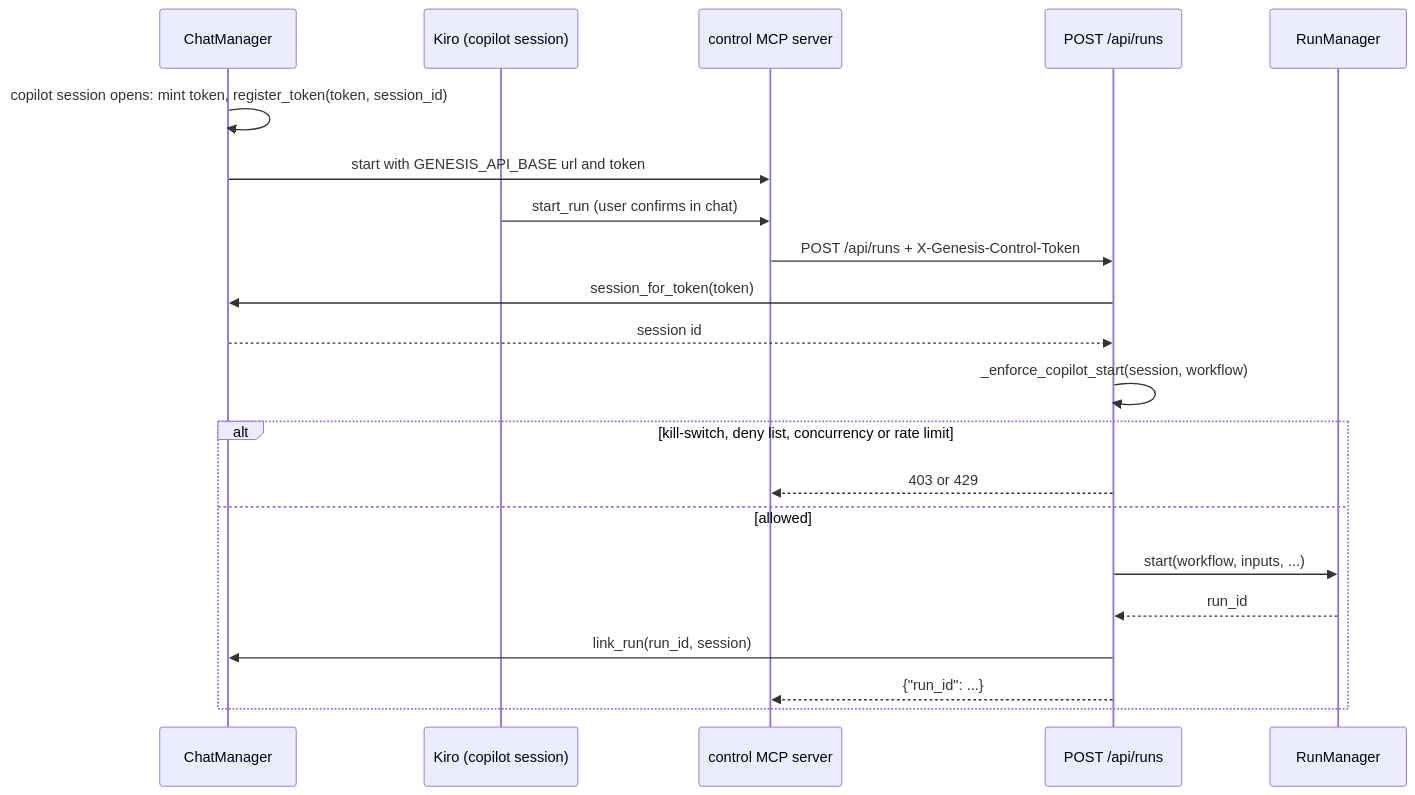
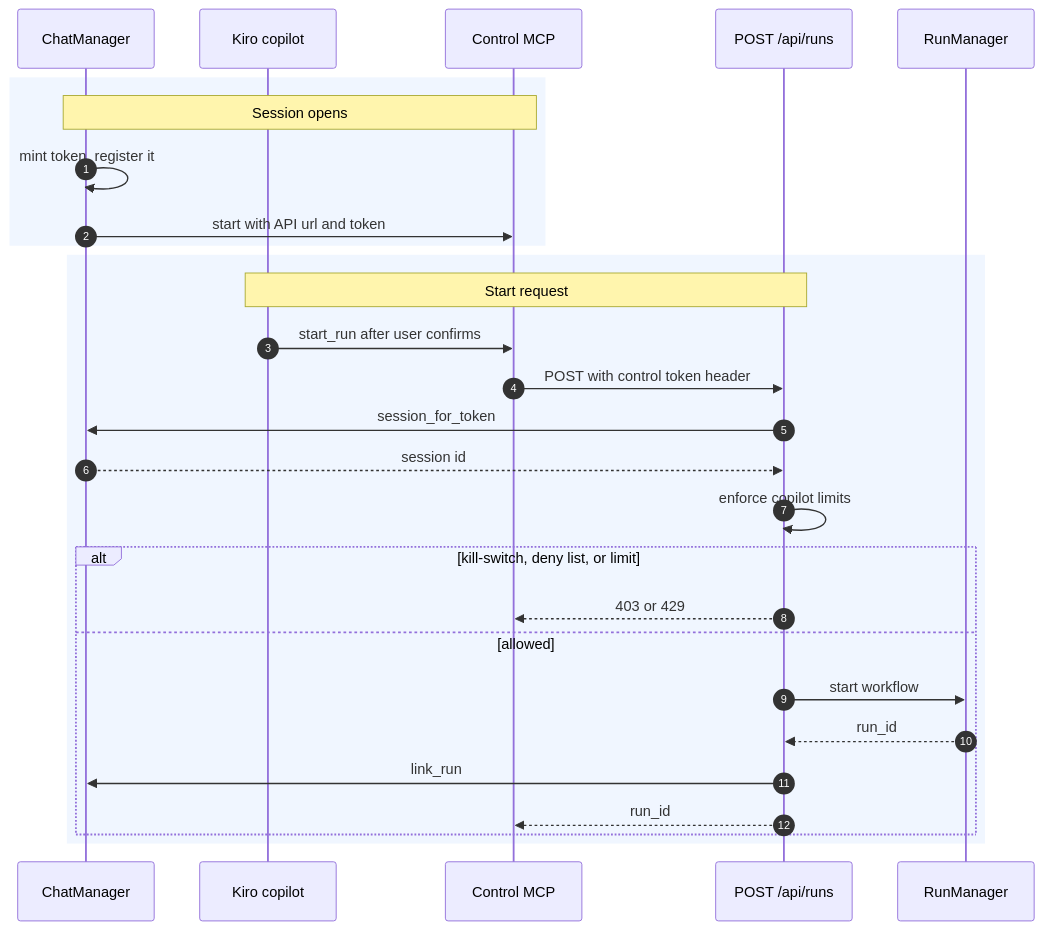
The third of 3 diagrams in genesis/architecture/modules/api.md (ram-020998/project-tracker), drawn with Mermaid before and after one commit. The commit also changed other lines of this file and 24 other files, not shown here.

First line of the commit message:
architecture: rewrite all 86 Mermaid diagrams to one C4 style, each render-checked

````diff
--- a/genesis/architecture/modules/api.md
+++ b/genesis/architecture/modules/api.md
@@ -296,23 +317,30 @@
 ```mermaid
 sequenceDiagram
+    autonumber
     participant Ch as ChatManager
-    participant K as Kiro (copilot session)
-    participant M as control MCP server
+    participant K as Kiro copilot
+    participant M as Control MCP
     participant P as POST /api/runs
     participant RM as RunManager
-    Ch->>Ch: copilot session opens: mint token, register_token(token, session_id)
-    Ch->>M: start with GENESIS_API_BASE url and token
-    K->>M: start_run (user confirms in chat)
-    M->>P: POST /api/runs + X-Genesis-Control-Token
-    P->>Ch: session_for_token(token)
+    rect rgb(240, 246, 255)
+    Note over Ch,M: Session opens
+    Ch->>Ch: mint token, register it
+    Ch->>M: start with API url and token
+    end
+    rect rgb(240, 246, 255)
+    Note over K,P: Start request
+    K->>M: start_run after user confirms
+    M->>P: POST with control token header
+    P->>Ch: session_for_token
     Ch-->>P: session id
-    P->>P: _enforce_copilot_start(session, workflow)
-    alt kill-switch, deny list, concurrency or rate limit
+    P->>P: enforce copilot limits
+    alt kill-switch, deny list, or limit
         P-->>M: 403 or 429
     else allowed
-        P->>RM: start(workflow, inputs, ...)
+        P->>RM: start workflow
         RM-->>P: run_id
-        P->>Ch: link_run(run_id, session)
-        P-->>M: {"run_id": ...}
+        P->>Ch: link_run
+        P-->>M: run_id
+    end
     end
 ```
````
